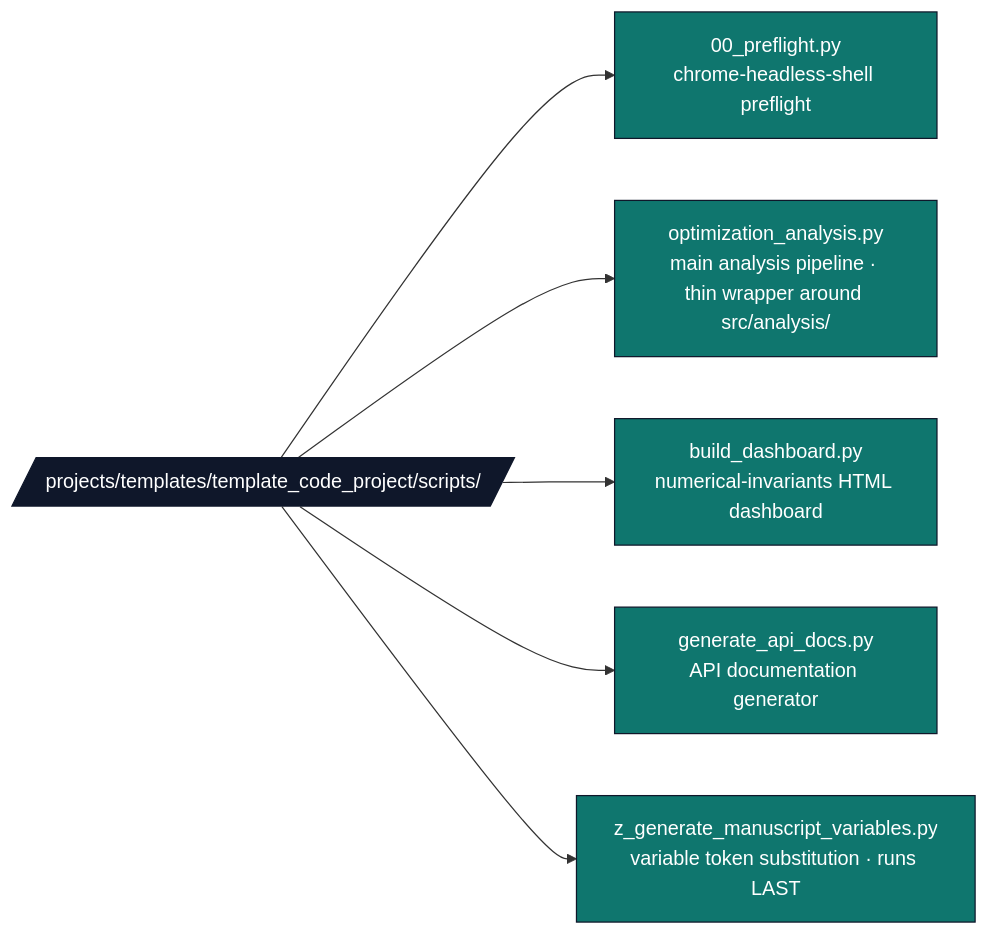
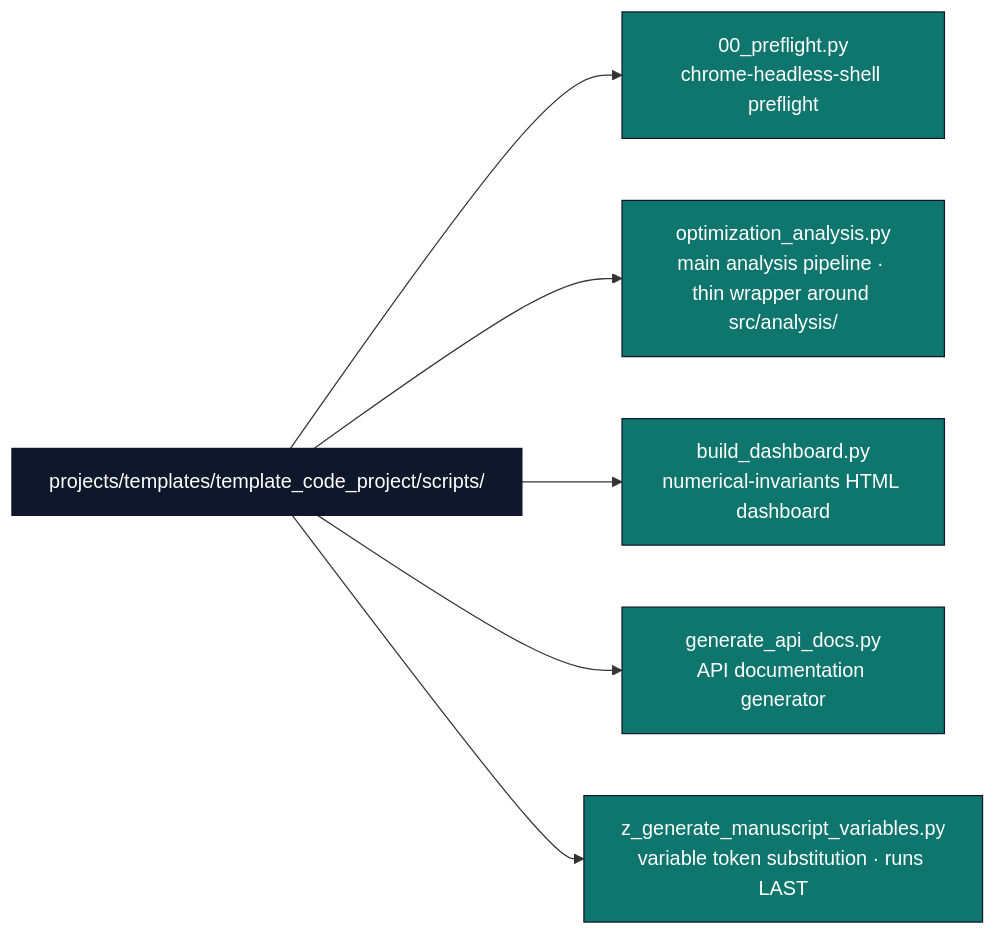
The third of 9 diagrams in docs/architecture/two-layer-architecture.md (docxology/template), drawn with Mermaid before and after one commit. The commit also changed other lines of this file and 94 other files, not shown here.

````diff
--- a/docs/architecture/two-layer-architecture.md
+++ b/docs/architecture/two-layer-architecture.md
@@ -114,14 +114,14 @@
 ```mermaid
 flowchart LR
-    SC[/projects/templates/template_code_project/scripts//]
+    SC[projects/templates/template_code_project/scripts/]
     SC --> PF[00_preflight.py<br/>chrome-headless-shell preflight]
     SC --> OA[optimization_analysis.py<br/>main analysis pipeline · thin wrapper around src/analysis/]
     SC --> BD[build_dashboard.py<br/>numerical-invariants HTML dashboard]
     SC --> GD[generate_api_docs.py<br/>API documentation generator]
     SC --> ZG[z_generate_manuscript_variables.py<br/>variable token substitution · runs LAST]
 
     classDef d fill:#0f172a,stroke:#0f172a,color:#fff
     classDef f fill:#0f766e,stroke:#0f172a,color:#fff
     class SC d
     class PF,OA,BD,GD,ZG f
 ```
````
